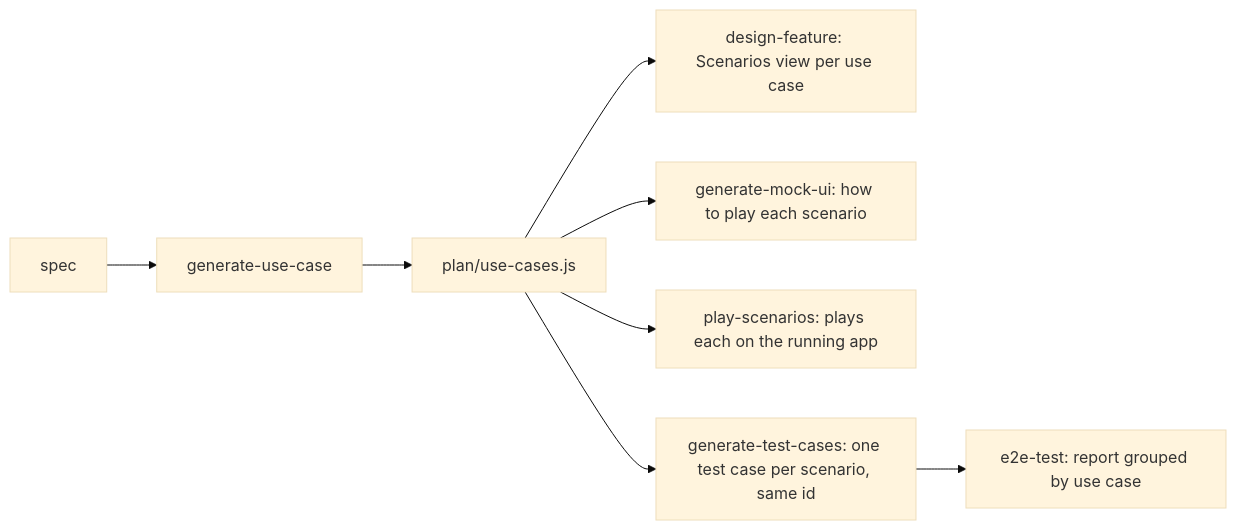
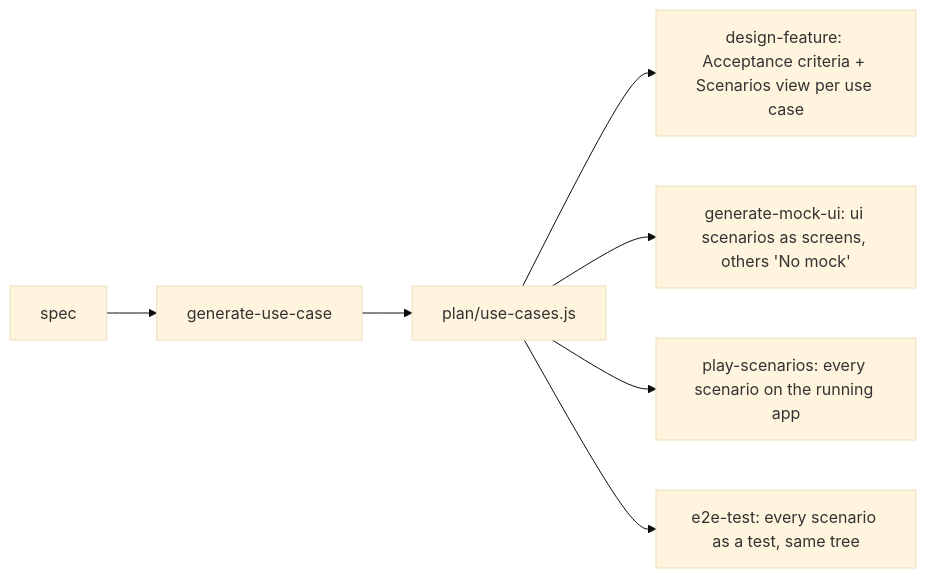
The second of 3 diagrams in plugins/naphatwx-tools/skills/generate-use-case/README.md (naphatwx/naphatwx-tools), drawn with Mermaid (base theme) before and after one commit. The commit also changed other lines of this file and 66 other files, not shown here.

First line of the commit message:
feat(use-cases): one use-cases.js for every skill that plays or tests

````diff
--- a/plugins/naphatwx-tools/skills/generate-use-case/README.md
+++ b/plugins/naphatwx-tools/skills/generate-use-case/README.md
@@ -47,10 +52,9 @@
 ```mermaid
 graph LR
     S[spec] --> U[generate-use-case]
     U --> F["plan/use-cases.js"]
-    F --> DF["design-feature: Scenarios view per use case"]
-    F --> MU["generate-mock-ui: how to play each scenario"]
-    F --> PS["play-scenarios: plays each on the running app"]
-    F --> TC["generate-test-cases: one test case per scenario, same id"]
-    TC --> E2E["e2e-test: report grouped by use case"]
+    F --> DF["design-feature: Acceptance criteria + Scenarios view per use case"]
+    F --> MU["generate-mock-ui: ui scenarios as screens, others 'No mock'"]
+    F --> PS["play-scenarios: every scenario on the running app"]
+    F --> E2E["e2e-test: every scenario as a test, same tree"]
 ```
````
